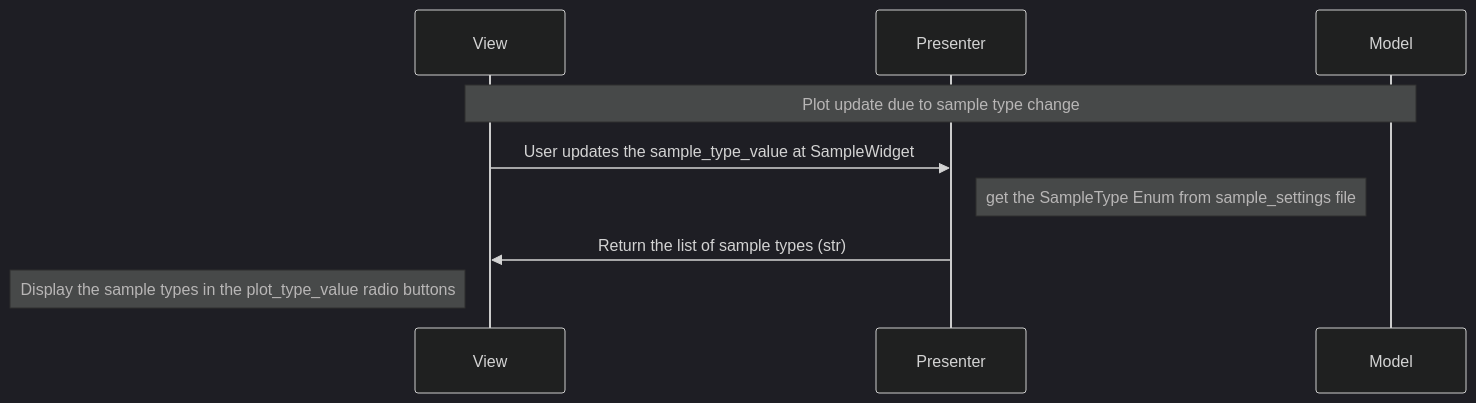
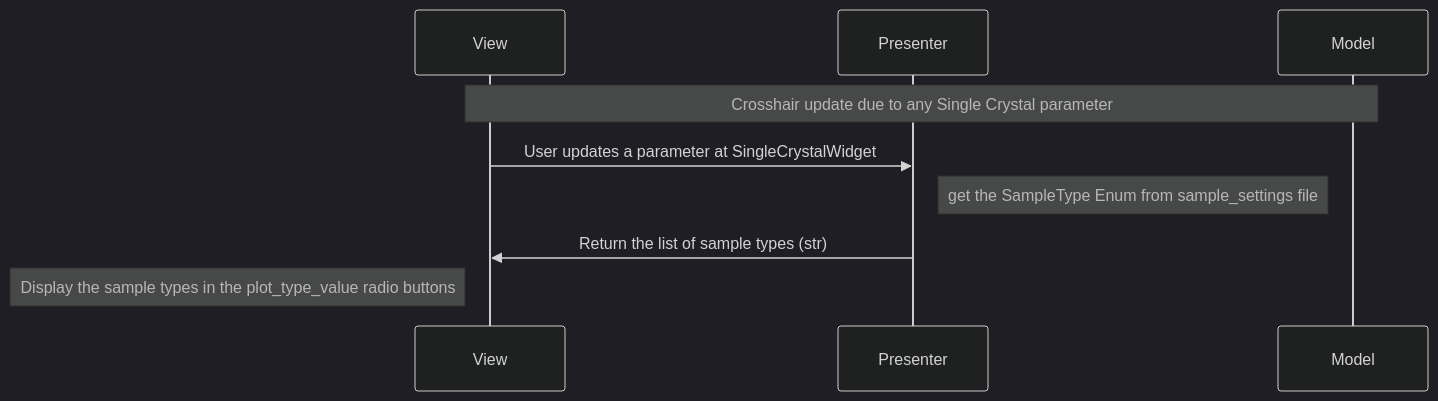
The ninth of 9 diagrams in docs/source/design/hyspecpptclasses.rst (neutrons/hyspecppt), drawn with Mermaid (dark theme) before and after one commit. The commit also changed other lines of this file, not shown here.

Commit message:
presenter function workflow definitions, in progress

```diff
--- a/docs/source/design/hyspecpptclasses.rst
+++ b/docs/source/design/hyspecpptclasses.rst
@@ -548,12 +534,12 @@
     .. mermaid::
 
         sequenceDiagram
             participant View
             participant Presenter
             participant Model
 
-            Note over View,Model: Plot update due to sample type change
-            View->>Presenter: User updates the sample_type_value at SampleWidget
+            Note over View,Model: Crosshair update due to any Single Crystal parameter
+            View->>Presenter: User updates a parameter at SingleCrystalWidget
             Note right of Presenter: get the SampleType Enum from sample_settings file
             Presenter->>View: Return the list of sample types (str)
             Note left of View: Display the sample types in the plot_type_value radio buttons
```
